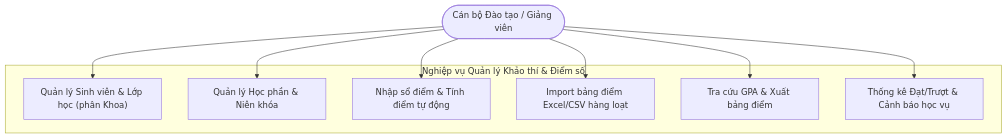
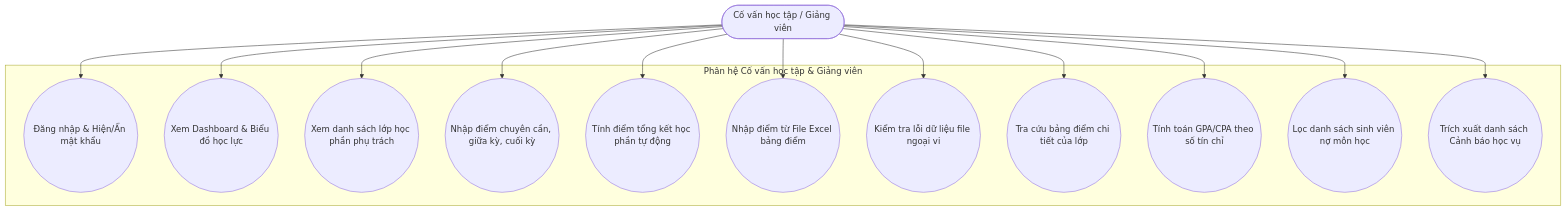
The third of 16 diagrams in BAO_CAO_BAI_TAP_LON_STUDENT_RESULT_ANALYTICS.md (ngthanhs1/STUDENT_RESULT_ANALYTICS), drawn with Mermaid before and after one commit. The commit also changed other lines of this file and 4 other files, not shown here.

````diff
--- a/BAO_CAO_BAI_TAP_LON_STUDENT_RESULT_ANALYTICS.md
+++ b/BAO_CAO_BAI_TAP_LON_STUDENT_RESULT_ANALYTICS.md
@@ -406,20 +393,30 @@
 ```mermaid
 flowchart TD
-    Staff([Cán bộ Đào tạo / Giảng viên])
+    Lecturer([Cố vấn học tập / Giảng viên])
 
-    subgraph StaffModule ["Nghiệp vụ Quản lý Khảo thí & Điểm số"]
-        UC_SV["Quản lý Sinh viên & Lớp học (phân Khoa)"]
-        UC_MH["Quản lý Học phần & Niên khóa"]
-        UC_Score["Nhập sổ điểm & Tính điểm tự động"]
-        UC_Import["Import bảng điểm Excel/CSV hàng loạt"]
-        UC_GPA["Tra cứu GPA & Xuất bảng điểm"]
-        UC_Warning["Thống kê Đạt/Trượt & Cảnh báo học vụ"]
+    subgraph LecturerModule ["Phân hệ Cố vấn học tập & Giảng viên"]
+        UC01((Đăng nhập & Hiện/Ẩn mật khẩu))
+        UC02((Xem Dashboard & Biểu đồ học lực))
+        UC06_1((Xem danh sách lớp học phần phụ trách))
+        UC06_2((Nhập điểm chuyên cần, giữa kỳ, cuối kỳ))
+        UC06_3((Tính điểm tổng kết học phần tự động))
+        UC07_1((Nhập điểm từ File Excel bảng điểm))
+        UC07_2((Kiểm tra lỗi dữ liệu file ngoại vi))
+        UC08_1((Tra cứu bảng điểm chi tiết của lớp))
+        UC08_2((Tính toán GPA/CPA theo số tín chỉ))
+        UC09_1((Lọc danh sách sinh viên nợ môn học))
+        UC09_2((Trích xuất danh sách Cảnh báo học vụ))
     end
 
-    Staff --> UC_SV
-    Staff --> UC_MH
-    Staff --> UC_Score
-    Staff --> UC_Import
-    Staff --> UC_GPA
-    Staff --> UC_Warning
+    Lecturer --> UC01
+    Lecturer --> UC02
+    Lecturer --> UC06_1
+    Lecturer --> UC06_2
+    Lecturer --> UC06_3
+    Lecturer --> UC07_1
+    Lecturer --> UC07_2
+    Lecturer --> UC08_1
+    Lecturer --> UC08_2
+    Lecturer --> UC09_1
+    Lecturer --> UC09_2
 ```
````
